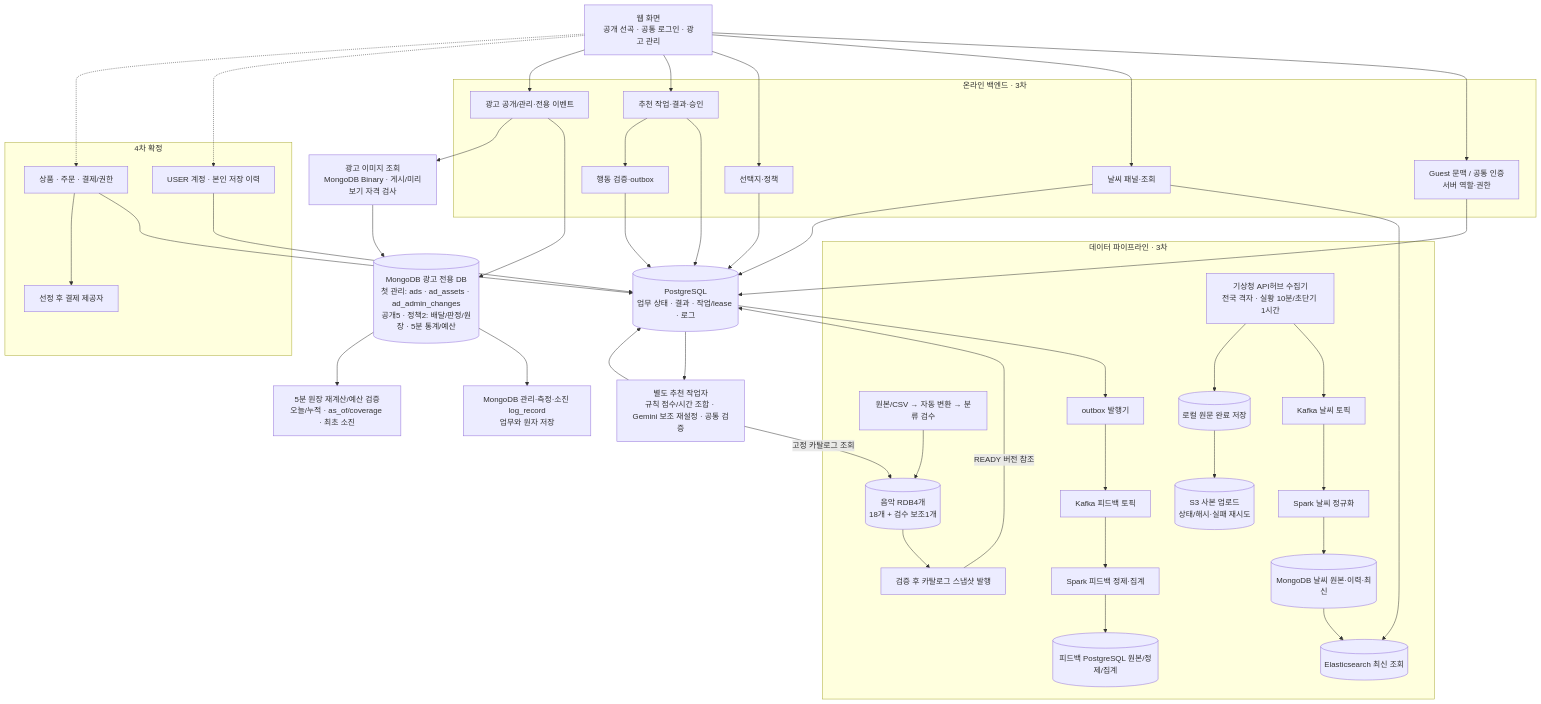
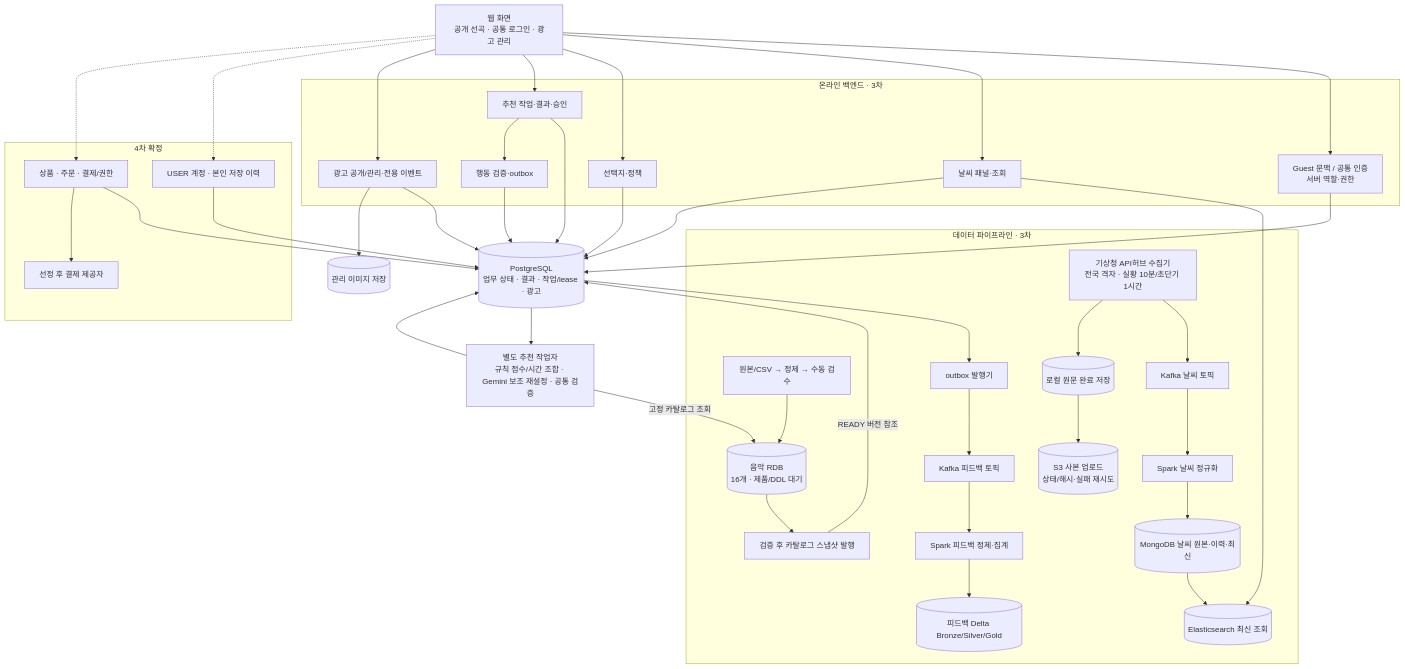
One commit to encore-ai-campus/mlo-01-p3-team1 changed the first of 7 diagrams in docs/product/카페_음악_서비스_구현_설계도.md. Above: the diagram before and after it, drawn with Mermaid. The commit also changed other lines of this file and 99 other files, not shown here.

````diff
--- a/docs/product/카페_음악_서비스_구현_설계도.md
+++ b/docs/product/카페_음악_서비스_구현_설계도.md
@@ -156,57 +126,53 @@
 ```mermaid
 flowchart TB
     WEB["웹 화면<br/>공개 선곡 · 공통 로그인 · 광고 관리"]
     subgraph API["온라인 백엔드 · 3차"]
         AUTH["Guest 문맥 / 공통 인증<br/>서버 역할·권한"]
         WEATHER["날씨 패널·조회"]
         OPTIONS["선택지·정책"]
         REC["추천 작업·결과·승인"]
         FEEDBACK["행동 검증·outbox"]
         ADS["광고 공개/관리·전용 이벤트"]
     end
-    DB[("PostgreSQL<br/>업무 상태 · 결과 · 작업/lease · 로그")]
-    ADDB[("MongoDB 광고 전용 DB<br/>첫 관리: ads · ad_assets · ad_admin_changes<br/>공개5 · 정책2: 배달/판정/원장 · 5분 통계/예산")]
-    ADLOG["MongoDB 관리·측정·소진 log_record<br/>업무와 원자 저장"]
-    ADAGG["5분 원장 재계산/예산 검증<br/>오늘/누적 · as_of/coverage · 최초 소진"]
+    DB[("PostgreSQL<br/>업무 상태 · 결과 · 작업/lease · 광고")]
     WORKER["별도 추천 작업자<br/>규칙 점수/시간 조합 · Gemini 보조 재설정 · 공통 검증"]
-    FILES["광고 이미지 조회<br/>MongoDB Binary · 게시/미리보기 자격 검사"]
+    FILES[("관리 이미지 저장")]
     subgraph PIPE["데이터 파이프라인 · 3차"]
-        MUSIC["원본/CSV → 자동 변환 → 분류 검수"] --> MUSICDB[("음악 RDB4개<br/>18개 + 검수 보조1개")]
+        MUSIC["원본/CSV → 정제 → 수동 검수"] --> MUSICDB[("음악 RDB<br/>16개 · 제품/DDL 대기")]
         PUBLISH["검증 후 카탈로그 스냅샷 발행"]
         KMA["기상청 API허브 수집기<br/>전국 격자 · 실황 10분/초단기 1시간"] --> WKAFKA["Kafka 날씨 토픽"]
         WKAFKA --> WSPARK["Spark 날씨 정규화"]
         WSPARK --> WMONGO[("MongoDB 날씨 원본·이력·최신")]
         KMA --> WRAW[("로컬 원문 완료 저장")]
         WRAW --> S3RAW[("S3 사본 업로드<br/>상태/해시·실패 재시도")]
         WMONGO --> WES[("Elasticsearch 최신 조회")]
         FKAFKA["Kafka 피드백 토픽"] --> FSPARK["Spark 피드백 정제·집계"]
-        FSPARK --> FDELTA[("피드백 PostgreSQL 원본/정제/집계")]
+        FSPARK --> FDELTA[("피드백 Delta Bronze/Silver/Gold")]
         RELAY["outbox 발행기"]
     end
     subgraph FOUR["4차 확정"]
         USER["USER 계정 · 본인 저장 이력"]
         PAYMENT["상품 · 주문 · 결제/권한"]
         PROVIDER["선정 후 결제 제공자"]
     end
     WEB --> AUTH
     WEB --> WEATHER
     WEB --> OPTIONS
     WEB --> REC
     WEB --> ADS
     AUTH --> DB
     WEATHER --> WES
     WEATHER --> DB
     OPTIONS --> DB
     REC --> DB
     REC --> FEEDBACK --> DB
-    ADS --> ADDB --> ADLOG
-    ADDB --> ADAGG
-    ADS --> FILES --> ADDB
+    ADS --> DB
+    ADS --> FILES
     DB --> WORKER --> DB
     MUSICDB --> PUBLISH -->|READY 버전 참조| DB
     WORKER -->|고정 카탈로그 조회| MUSICDB
     DB --> RELAY --> FKAFKA
     WEB -.-> USER --> DB
     WEB -.-> PAYMENT --> DB
     PAYMENT --> PROVIDER
 ```
````
